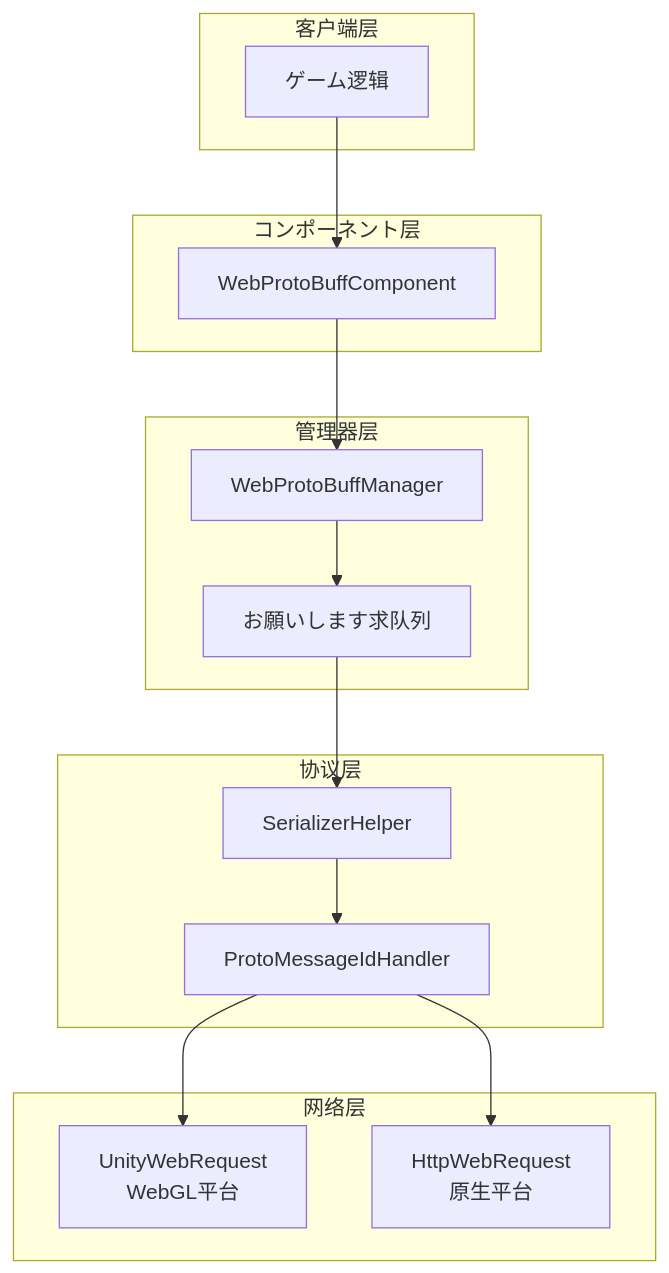
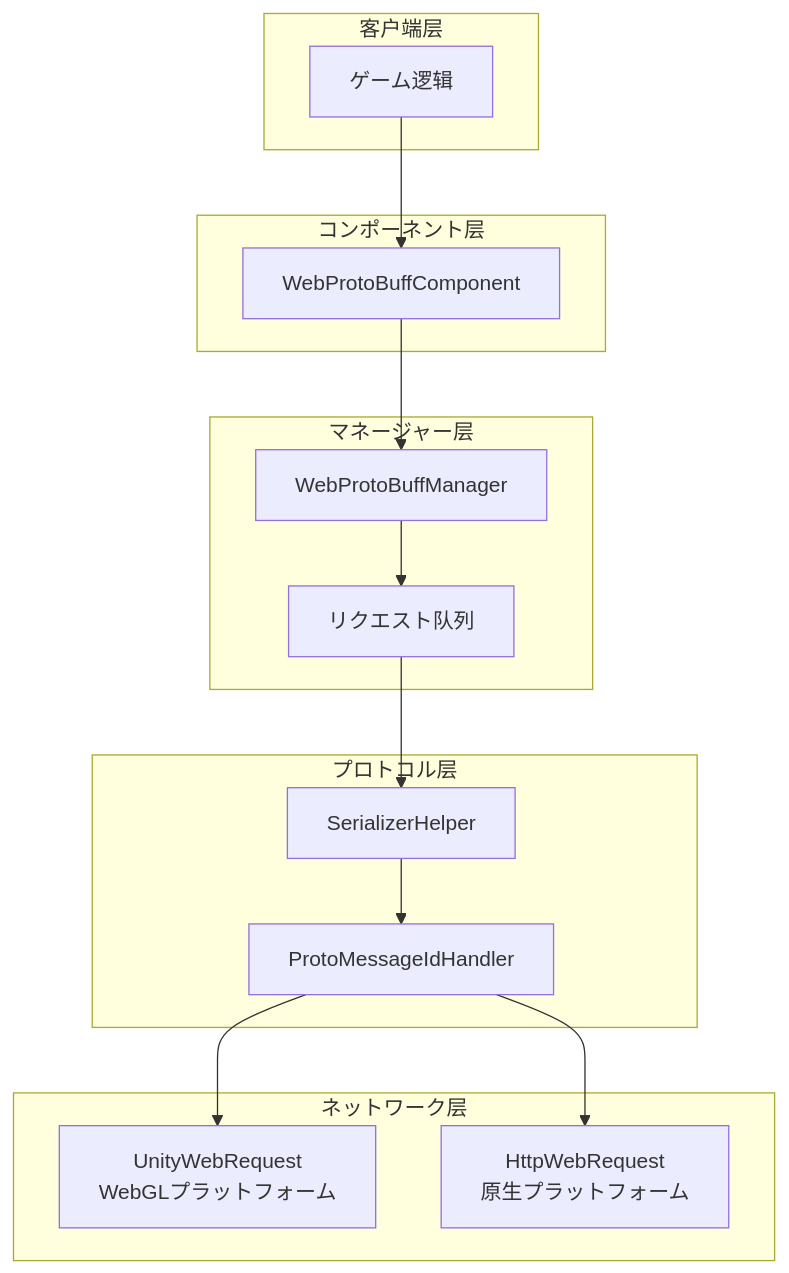
One commit to AlianBlank/GameFrameX.Docs changed the first of 2 diagrams in docs/ja/client/unity/component/web-protobuff/03.getting-started.md. Above: the diagram before and after it, drawn with Mermaid. The commit also changed other lines of this file and 320 other files, not shown here.

````diff
--- a/docs/ja/client/unity/component/web-protobuff/03.getting-started.md
+++ b/docs/ja/client/unity/component/web-protobuff/03.getting-started.md
@@ -30,33 +30,33 @@
 ```mermaid
 flowchart TD
     subgraph Client["客户端层"]
         GameLogic[ゲーム逻辑]
     end
     
     subgraph Component["コンポーネント层"]
         WebComp[WebProtoBuffComponent]
     end
     
-    subgraph Manager["管理器层"]
+    subgraph Manager["マネージャー层"]
         ProtoManager[WebProtoBuffManager]
-        Queue[お願いします求队列]
+        Queue[リクエスト队列]
     end
     
-    subgraph Protocol["协议层"]
+    subgraph Protocol["プロトコル层"]
         Serializer[SerializerHelper]
         MsgId[ProtoMessageIdHandler]
     end
     
-    subgraph Network["网络层"]
-        WebGL[UnityWebRequest<br/>WebGL平台]
-        Http[HttpWebRequest<br/>原生平台]
+    subgraph Network["ネットワーク层"]
+        WebGL[UnityWebRequest<br/>WebGLプラットフォーム]
+        Http[HttpWebRequest<br/>原生プラットフォーム]
     end
     
     GameLogic --> WebComp
     WebComp --> ProtoManager
     ProtoManager --> Queue
     Queue --> Serializer
     Serializer --> MsgId
     MsgId --> WebGL
     MsgId --> Http
 ```
````
